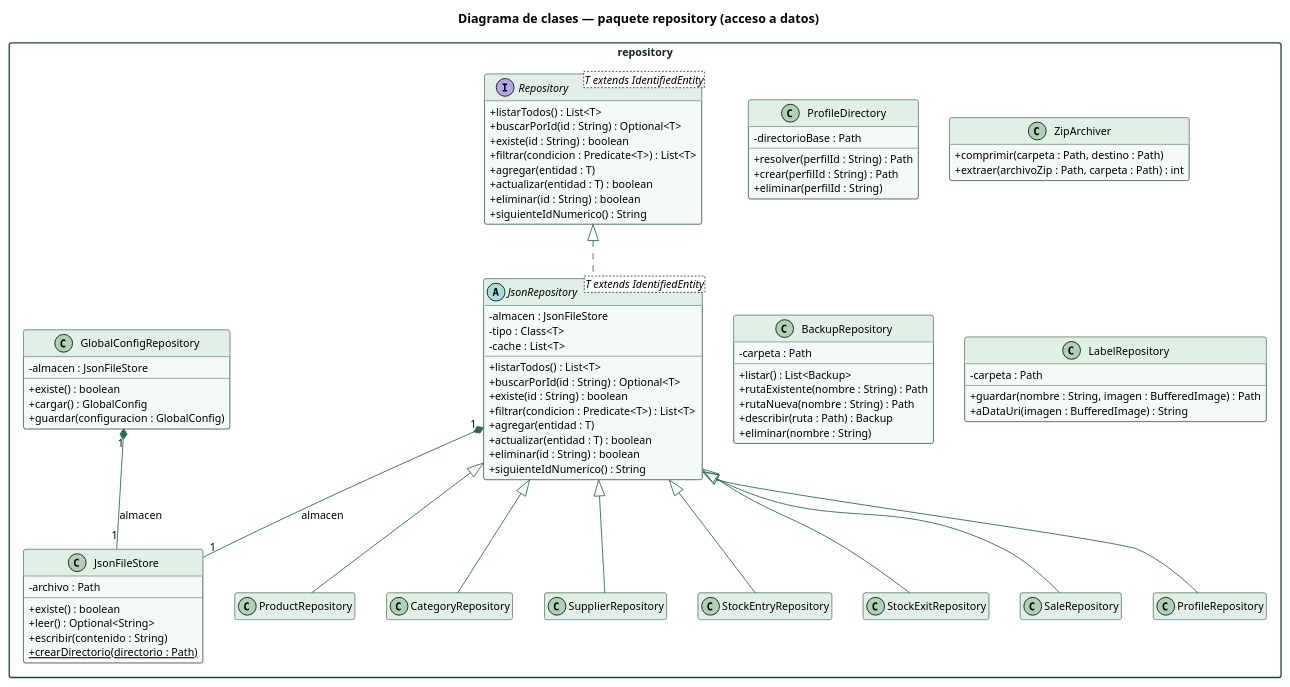
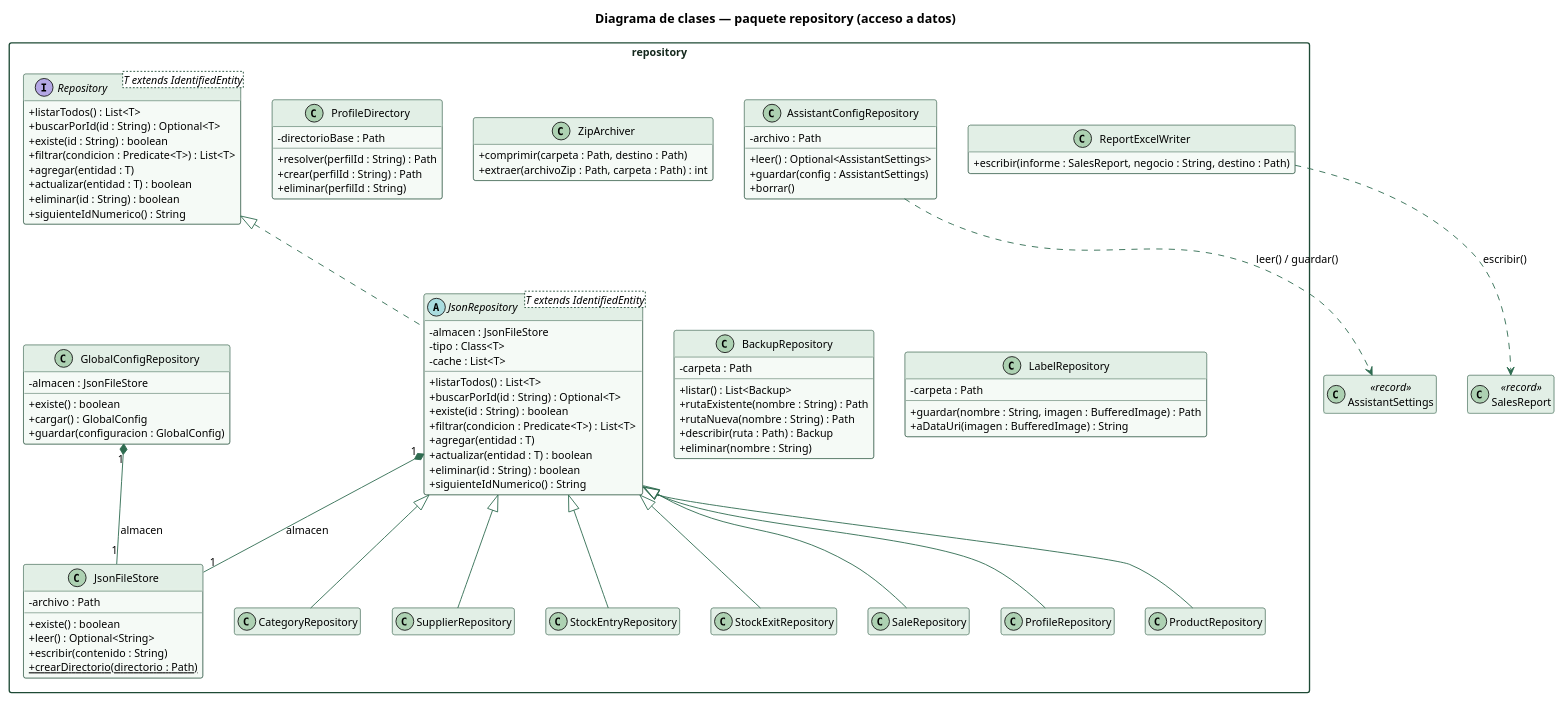
One commit to erickf-dev/TBalance changed the diagram in docs/diagramas/clases-persistencia.puml. Above: the diagram before and after it, drawn with PlantUML. The commit also changed 15 other files, not shown here.

First line of the commit message:
docs: update the diagrams for v3.4.0

```diff
--- a/docs/diagramas/clases-persistencia.puml
+++ b/docs/diagramas/clases-persistencia.puml
@@ -1,111 +1,124 @@
 @startuml
 skinparam shadowing false
 skinparam defaultFontName Helvetica
 skinparam defaultFontSize 12
 skinparam classAttributeIconSize 0
 skinparam packageStyle rectangle
 skinparam ArrowColor #2e6b4f
 skinparam class {
   BackgroundColor #f5faf6
   BorderColor #1e4a35
   HeaderBackgroundColor #e2efe6
 }
 skinparam package {
   BorderColor #1e4a35
   FontColor #14281d
 }
 skinparam note {
   BackgroundColor #fdf8ea
   BorderColor #d4a72c
 }
 hide empty members
 
 title Diagrama de clases — paquete repository (acceso a datos)
 package repository {
 interface Repository<T extends IdentifiedEntity> {
   + listarTodos() : List<T>
   + buscarPorId(id : String) : Optional<T>
   + existe(id : String) : boolean
   + filtrar(condicion : Predicate<T>) : List<T>
   + agregar(entidad : T)
   + actualizar(entidad : T) : boolean
   + eliminar(id : String) : boolean
   + siguienteIdNumerico() : String
 }
 abstract class JsonRepository<T extends IdentifiedEntity> {
   - almacen : JsonFileStore
   - tipo : Class<T>
   - cache : List<T>
   + listarTodos() : List<T>
   + buscarPorId(id : String) : Optional<T>
   + existe(id : String) : boolean
   + filtrar(condicion : Predicate<T>) : List<T>
   + agregar(entidad : T)
   + actualizar(entidad : T) : boolean
   + eliminar(id : String) : boolean
   + siguienteIdNumerico() : String
 }
 class JsonFileStore {
   - archivo : Path
   + existe() : boolean
   + leer() : Optional<String>
   + escribir(contenido : String)
   + crearDirectorio(directorio : Path) {static}
 }
 class ProductRepository {
 }
 class CategoryRepository {
 }
 class SupplierRepository {
 }
 class StockEntryRepository {
 }
 class StockExitRepository {
 }
 class SaleRepository {
 }
 class ProfileRepository {
 }
 class GlobalConfigRepository {
   - almacen : JsonFileStore
   + existe() : boolean
   + cargar() : GlobalConfig
   + guardar(configuracion : GlobalConfig)
 }
 class ProfileDirectory {
   - directorioBase : Path
   + resolver(perfilId : String) : Path
   + crear(perfilId : String) : Path
   + eliminar(perfilId : String)
 }
 class ZipArchiver {
   + comprimir(carpeta : Path, destino : Path)
   + extraer(archivoZip : Path, carpeta : Path) : int
 }
 class BackupRepository {
   - carpeta : Path
   + listar() : List<Backup>
   + rutaExistente(nombre : String) : Path
   + rutaNueva(nombre : String) : Path
   + describir(ruta : Path) : Backup
   + eliminar(nombre : String)
 }
 class LabelRepository {
   - carpeta : Path
   + guardar(nombre : String, imagen : BufferedImage) : Path
   + aDataUri(imagen : BufferedImage) : String
 }
+class AssistantConfigRepository {
+  - archivo : Path
+  + leer() : Optional<AssistantSettings>
+  + guardar(config : AssistantSettings)
+  + borrar()
+}
+class ReportExcelWriter {
+  + escribir(informe : SalesReport, negocio : String, destino : Path)
+}
 }
 
 Repository <|.. JsonRepository
 JsonRepository "1" *-- "1" JsonFileStore : almacen
 GlobalConfigRepository "1" *-- "1" JsonFileStore : almacen
 JsonRepository <|-- ProductRepository
 JsonRepository <|-- CategoryRepository
 JsonRepository <|-- SupplierRepository
 JsonRepository <|-- StockEntryRepository
 JsonRepository <|-- StockExitRepository
 JsonRepository <|-- SaleRepository
 JsonRepository <|-- ProfileRepository
+class AssistantSettings <<record>>
+class SalesReport <<record>>
+AssistantConfigRepository ..> AssistantSettings : leer() / guardar()
+ReportExcelWriter ..> SalesReport : escribir()
 
 @enduml
```
